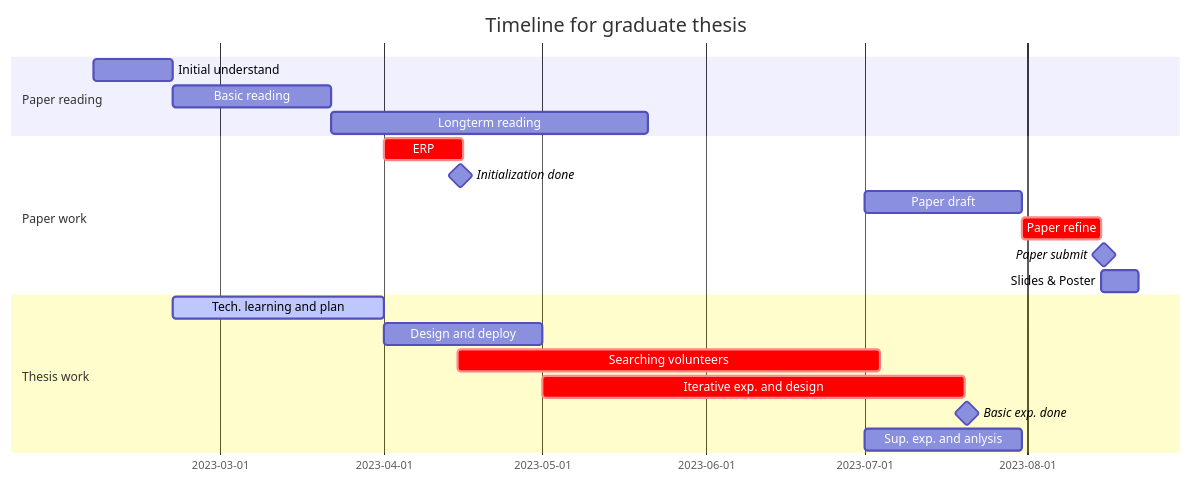
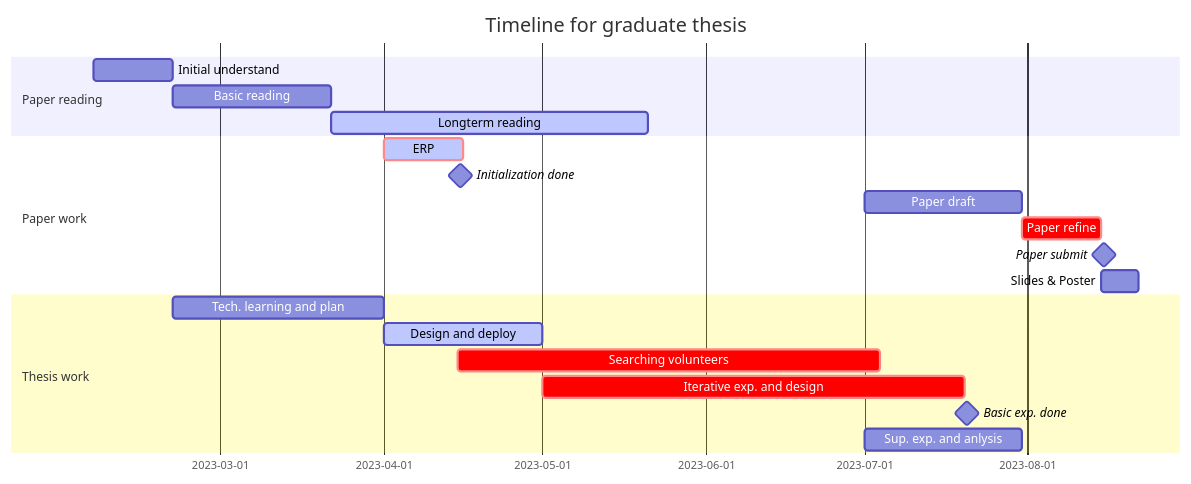
Before and after one commit to hinczhang/GraduteThesis_Master: the diagram in README.md, drawn with Mermaid.

````diff
--- a/README.md
+++ b/README.md
@@ -5,23 +5,23 @@
 ```mermaid
 gantt
     title Timeline for graduate thesis
     dateFormat  YYYY-MM-DD
     section Paper reading
         Initial understand              : a1, 2023-02-05, 15d
         Basic reading                   : a2, after a1, 30d
-        Longterm reading                : a3, after a2, 60d
+        Longterm reading                : active, a3, after a2, 60d
     section Paper work
-        ERP                             : crit, b1, 2023-04-01, 15d
+        ERP                             : active, crit, b1, 2023-04-01, 15d
         Initialization done             : milestone, m1, 2023-04-15, 1d
         Paper draft                     : b2, 2023-07-01, 30d
         Paper refine                    : crit, b3, after b2, 15d
         Paper submit                    : milestone, m2, after b3, 1d
         Slides & Poster                 : b4, after b3, 7d
     section Thesis work
-        Tech. learning and plan         : active, c1, after a1, 40d
-        Design and deploy               : c2, after c1, 30d
+        Tech. learning and plan         : c1, after a1, 40d
+        Design and deploy               : active, c2, after c1, 30d
         Searching volunteers            : crit, c3, 2023-04-15, 80d
         Iterative exp. and design       : crit, c4, after c2, 80d
         Basic exp. done                 : milestone, m3, 2023-07-20, 1d
         Sup. exp. and anlysis           : c5, 2023-07-01, 30d
 ```
````
